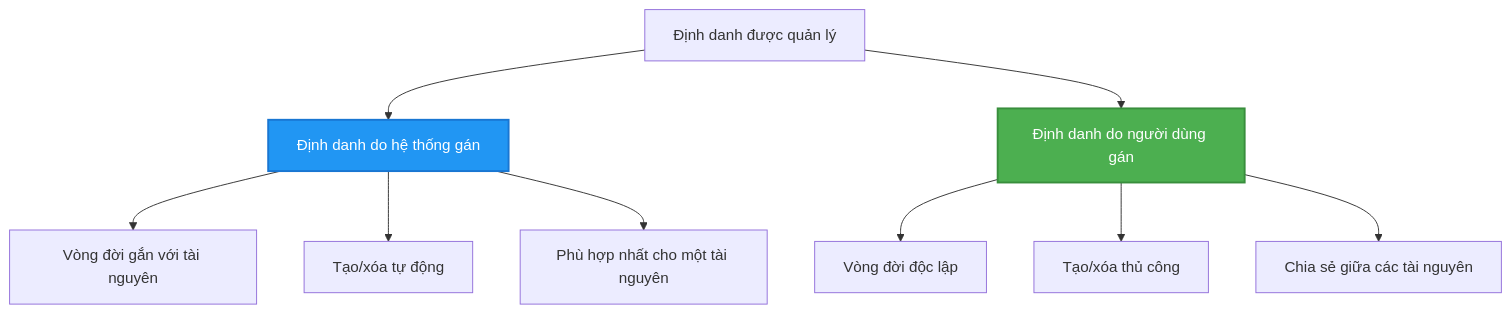
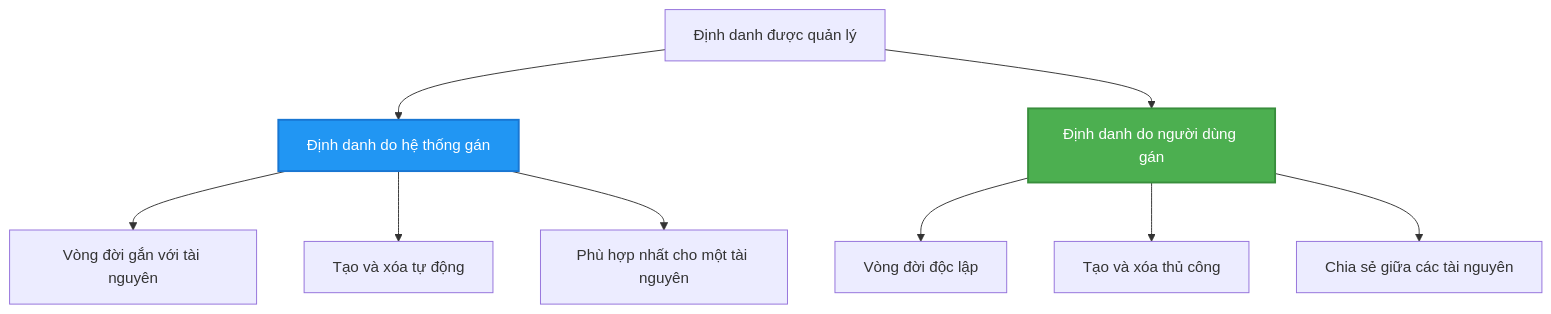
Before and after one commit to microsoft/AZD-for-beginners: the second of 2 diagrams in translations/vi/docs/chapter-03-configuration/authsecurity.md, drawn with Mermaid. The commit also changed other lines of this file and 101 other files, not shown here.

````diff
--- a/translations/vi/docs/chapter-03-configuration/authsecurity.md
+++ b/translations/vi/docs/chapter-03-configuration/authsecurity.md
@@ -97,20 +97,20 @@
 ```mermaid
 graph TB
     MI[Định danh được quản lý]
     SystemAssigned[Định danh do hệ thống gán]
     UserAssigned[Định danh do người dùng gán]
     
     MI --> SystemAssigned
     MI --> UserAssigned
     
     SystemAssigned --> SA1[Vòng đời gắn với tài nguyên]
-    SystemAssigned --> SA2[Tạo/xóa tự động]
+    SystemAssigned --> SA2[Tạo và xóa tự động]
     SystemAssigned --> SA3[Phù hợp nhất cho một tài nguyên]
     
     UserAssigned --> UA1[Vòng đời độc lập]
-    UserAssigned --> UA2[Tạo/xóa thủ công]
+    UserAssigned --> UA2[Tạo và xóa thủ công]
     UserAssigned --> UA3[Chia sẻ giữa các tài nguyên]
     
     style SystemAssigned fill:#2196F3,stroke:#1976D2,stroke-width:2px,color:#fff
     style UserAssigned fill:#4CAF50,stroke:#388E3C,stroke-width:2px,color:#fff
 ```
````
